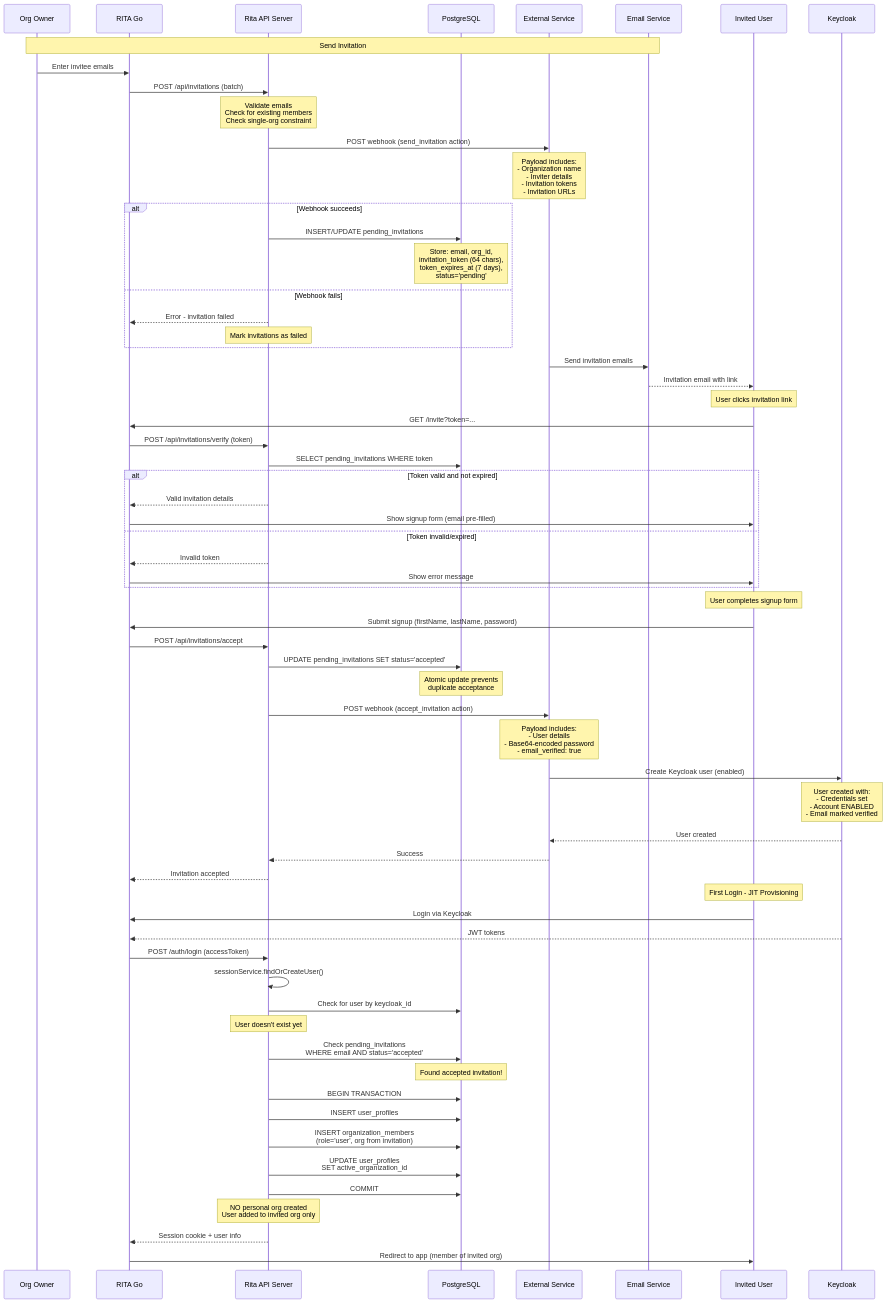
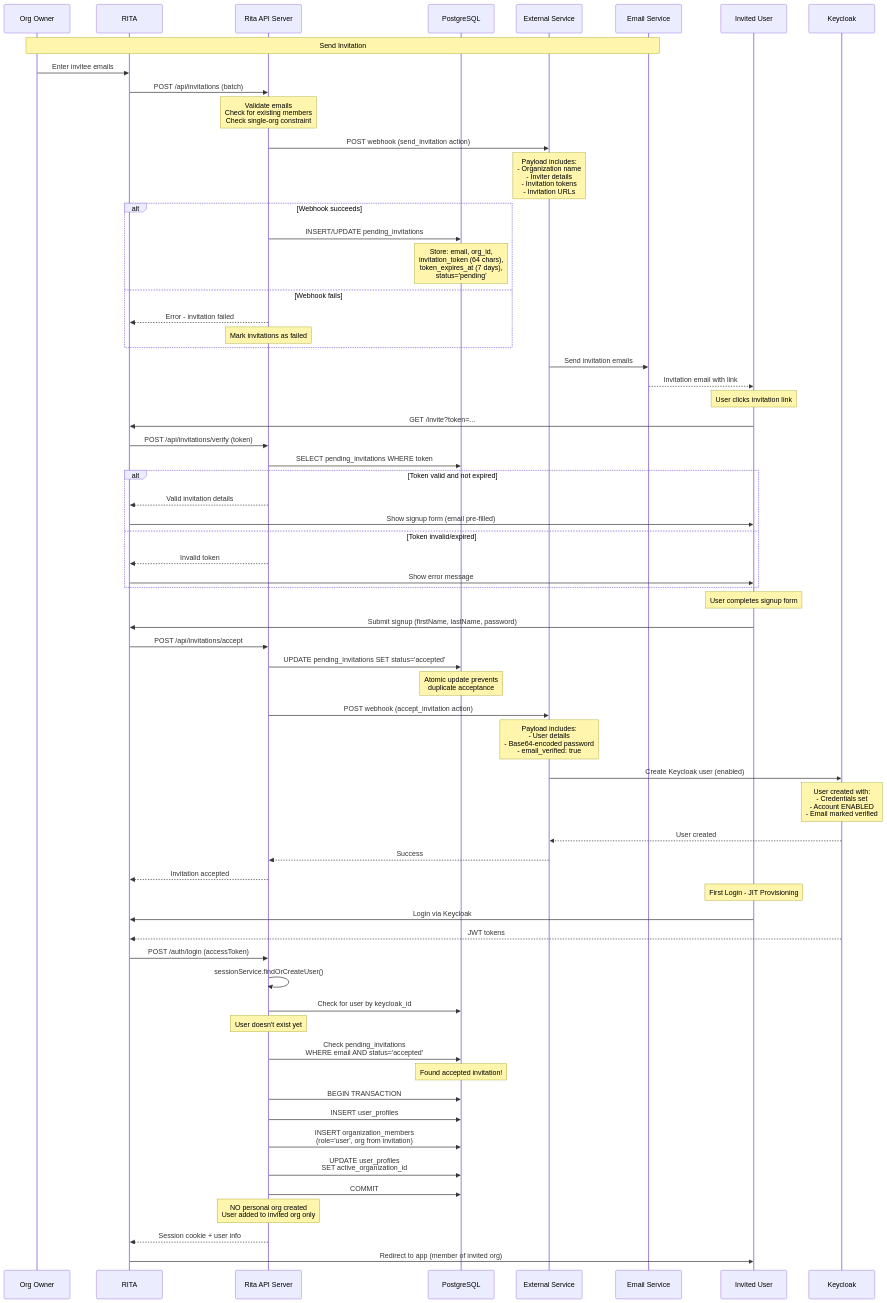
Before and after one commit to ewilhelmy-resolve/resolve-prototypes: the sixth of 9 diagrams in docs/core/authentication-flow.md, drawn with Mermaid. The commit also changed other lines of this file and 65 other files, not shown here.

````diff
--- a/docs/core/authentication-flow.md
+++ b/docs/core/authentication-flow.md
@@ -325,7 +325,7 @@
 ```mermaid
 sequenceDiagram
     participant Owner as Org Owner
-    participant Client as RITA Go
+    participant Client as RITA
     participant API as Rita API Server
     participant DB as PostgreSQL
     participant Webhook as External Service
````
